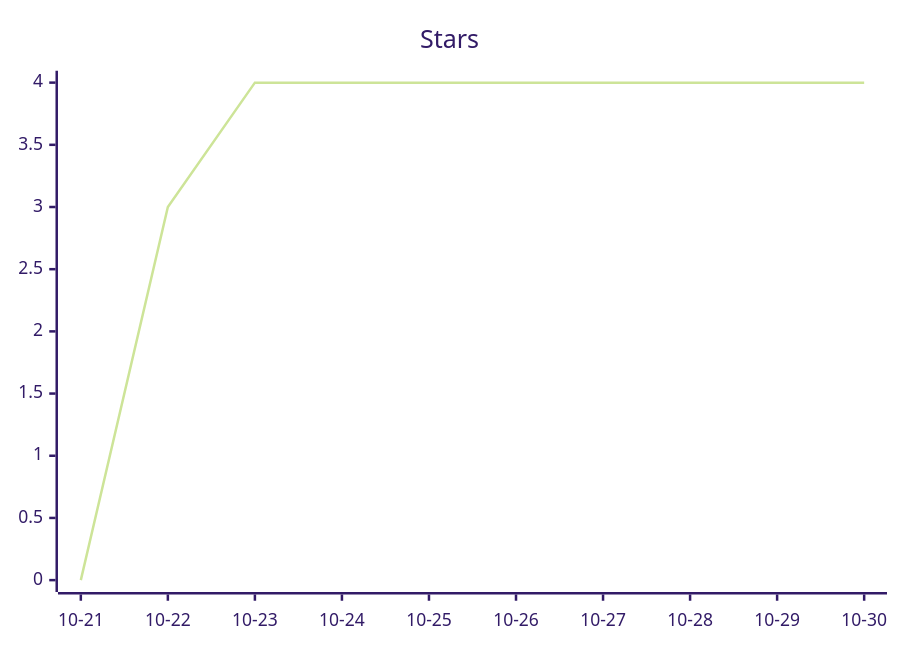
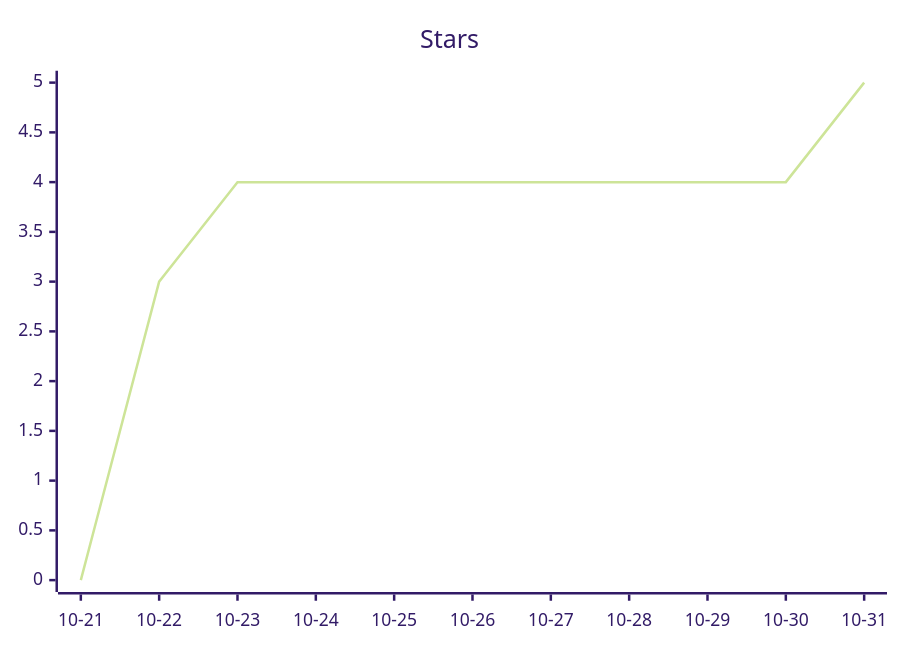
The second of 3 diagrams in README.md (ArtemkaGoldMan/ContextSwitcher), drawn with Mermaid (forest theme) before and after one commit. The commit also changed other lines of this file and 6 other files, not shown here.

````diff
--- a/README.md
+++ b/README.md
@@ -43,6 +43,6 @@
 ```mermaid
 xychart-beta
     title "Stars"
-    x-axis ["10-21", "10-22", "10-23", "10-24", "10-25", "10-26", "10-27", "10-28", "10-29", "10-30"]
-    line [0, 3, 4, 4, 4, 4, 4, 4, 4, 4]
+    x-axis ["10-21", "10-22", "10-23", "10-24", "10-25", "10-26", "10-27", "10-28", "10-29", "10-30", "10-31"]
+    line [0, 3, 4, 4, 4, 4, 4, 4, 4, 4, 5]
 ```
````
